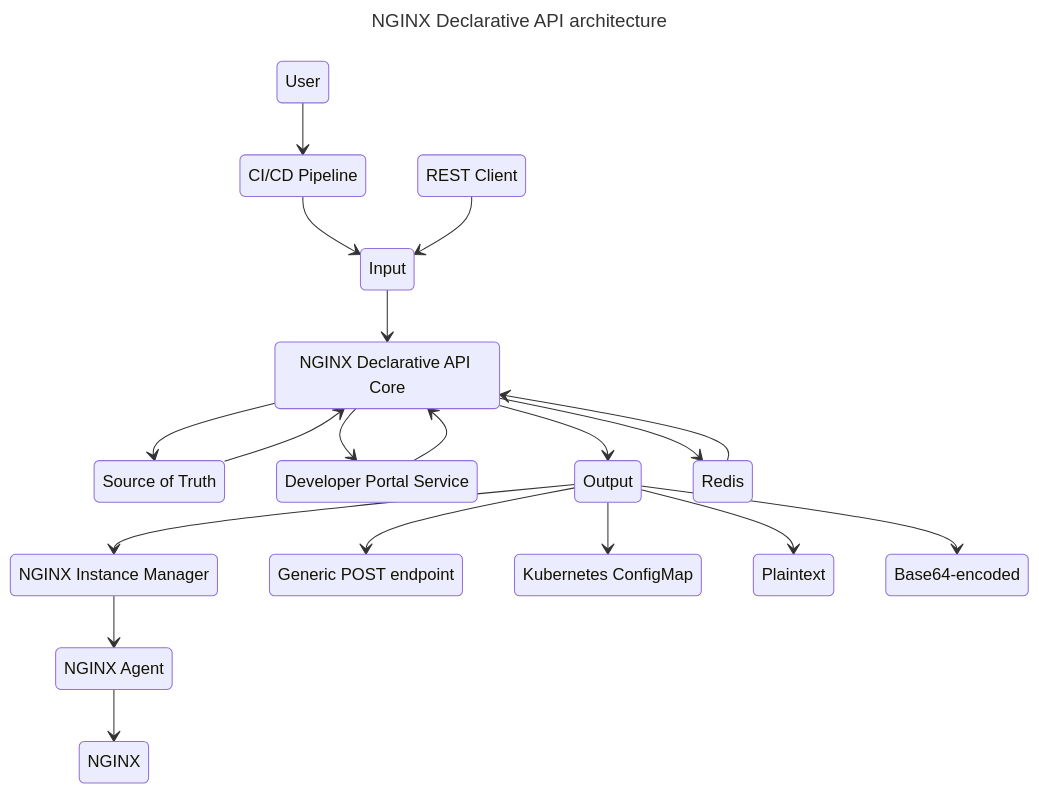
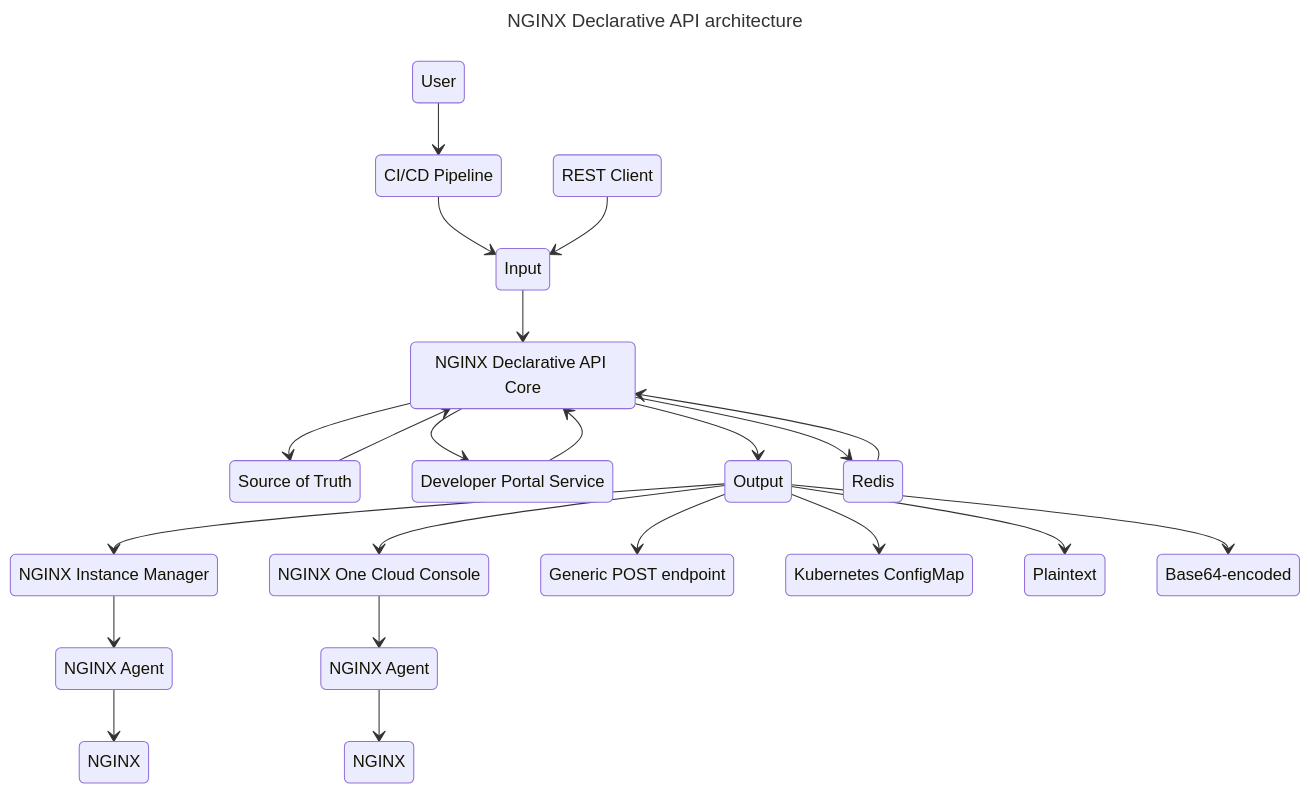
Before and after one commit to f5devcentral/NGINX-Declarative-API: the first of 2 diagrams in README.md, drawn with Mermaid. The commit also changed other lines of this file, not shown here.

Commit message:
20240619 - README updated (#61)

````diff
--- a/README.md
+++ b/README.md
@@ -36,41 +36,47 @@
 ```mermaid
 ---
 title: NGINX Declarative API architecture
 ---
 stateDiagram-v2
     DevOps: User
     Client: REST Client
     Pipeline: CI/CD Pipeline
     NIM: NGINX Instance Manager
-    AGENT: NGINX Agent
-    NGINX: NGINX
+    N1: NGINX One Cloud Console
+    AGENT1: NGINX Agent
+    NGINX1: NGINX
+    AGENT2: NGINX Agent
+    NGINX2: NGINX
     INPUT: Input
     SOT: Source of Truth
     NDAPI: NGINX Declarative API Core
     DEVP: Developer Portal Service
     OUTPUT: Output
     REDIS: Redis
     POST: Generic POST endpoint
     CONFIGMAP: Kubernetes ConfigMap
     PLAINTEXT: Plaintext
     BASE64: Base64-encoded
 
     DevOps --> Pipeline
     Pipeline --> INPUT
     Client --> INPUT
     INPUT --> NDAPI
     NDAPI --> OUTPUT
     NDAPI --> SOT
     SOT --> NDAPI
     NDAPI --> REDIS
     REDIS --> NDAPI
     OUTPUT --> BASE64
     OUTPUT --> POST
     OUTPUT --> CONFIGMAP
     OUTPUT --> PLAINTEXT
     OUTPUT --> NIM
+    OUTPUT --> N1
     NDAPI --> DEVP
     DEVP --> NDAPI
-    NIM --> AGENT
-    AGENT --> NGINX
+    NIM --> AGENT1
+    AGENT1 --> NGINX1
+    N1 --> AGENT2
+    AGENT2 --> NGINX2
 ```
````
